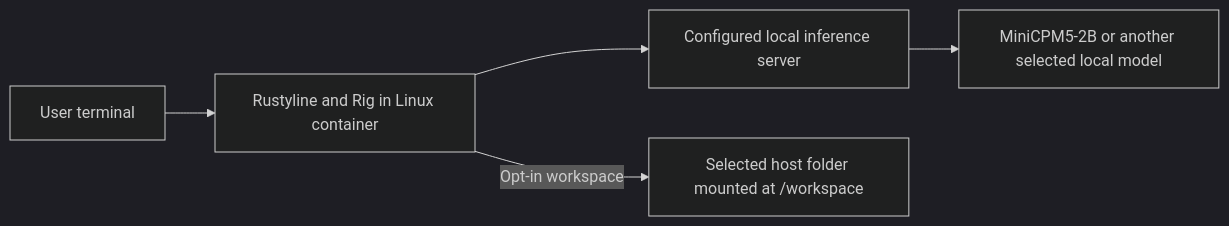
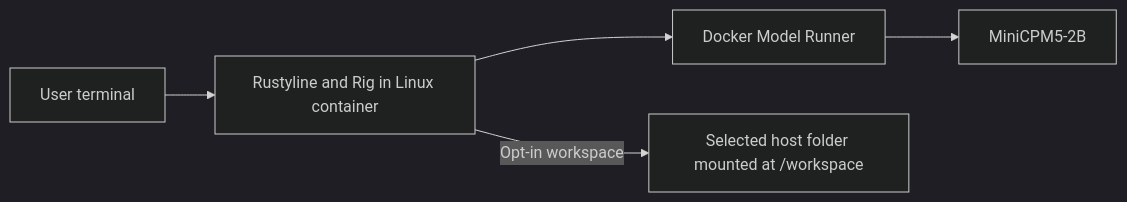
One commit to sysung/piarre changed the diagram in openspec/changes/local-model-chat-poc/design.md. Above: the diagram before and after it, drawn with Mermaid (dark theme). The commit also changed other lines of this file and 5 other files, not shown here.

Commit message:
Use one MiniCPM model for both Compose services

````diff
--- a/openspec/changes/local-model-chat-poc/design.md
+++ b/openspec/changes/local-model-chat-poc/design.md
@@ -28,7 +28,7 @@
 ```mermaid
 flowchart LR
   U[User terminal] --> H[Rustyline and Rig in Linux container]
-  H --> R[Configured local inference server]
-  R --> Q[MiniCPM5-2B or another selected local model]
+  H --> R[Docker Model Runner]
+  R --> Q[MiniCPM5-2B]
   H -->|Opt-in workspace| W[Selected host folder mounted at /workspace]
 ```
````
